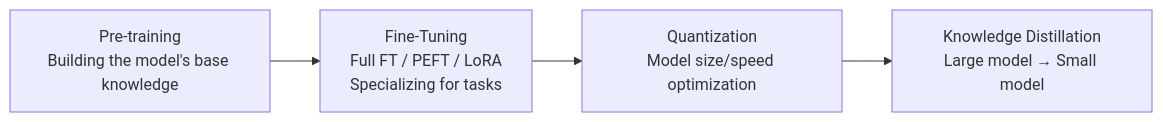
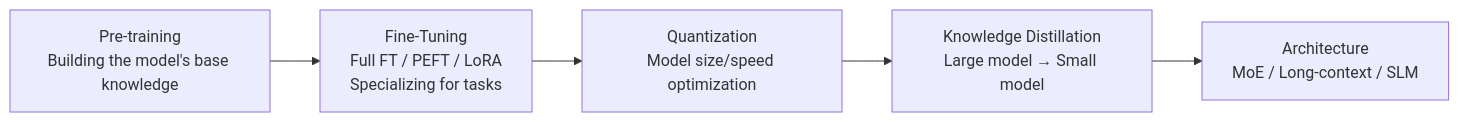
Before and after one commit to TaeHunKim/AIEngineeringLLMWiki: the first of 2 diagrams in wiki/en/AI/Engineering/Model_Engineering/Model_Engineering.md, drawn with Mermaid. The commit also changed other lines of this file and 66 other files, not shown here.

First line of the commit message:
docs: fill Model/Prompt/Flow/Context/Loop Engineering gaps and refresh stale chapters

````diff
--- a/wiki/en/AI/Engineering/Model_Engineering/Model_Engineering.md
+++ b/wiki/en/AI/Engineering/Model_Engineering/Model_Engineering.md
@@ -14,7 +14,8 @@
 ```mermaid
 flowchart LR
     P["Pre-training<br/>Building the model's base knowledge"] --> F
     F["Fine-Tuning<br/>Full FT / PEFT / LoRA<br/>Specializing for tasks"] --> Q
     Q["Quantization<br/>Model size/speed optimization"] --> D
-    D["Knowledge Distillation<br/>Large model → Small model"]
+    D["Knowledge Distillation<br/>Large model → Small model"] --> A
+    A["Architecture<br/>MoE / Long-context / SLM"]
 ```
````
